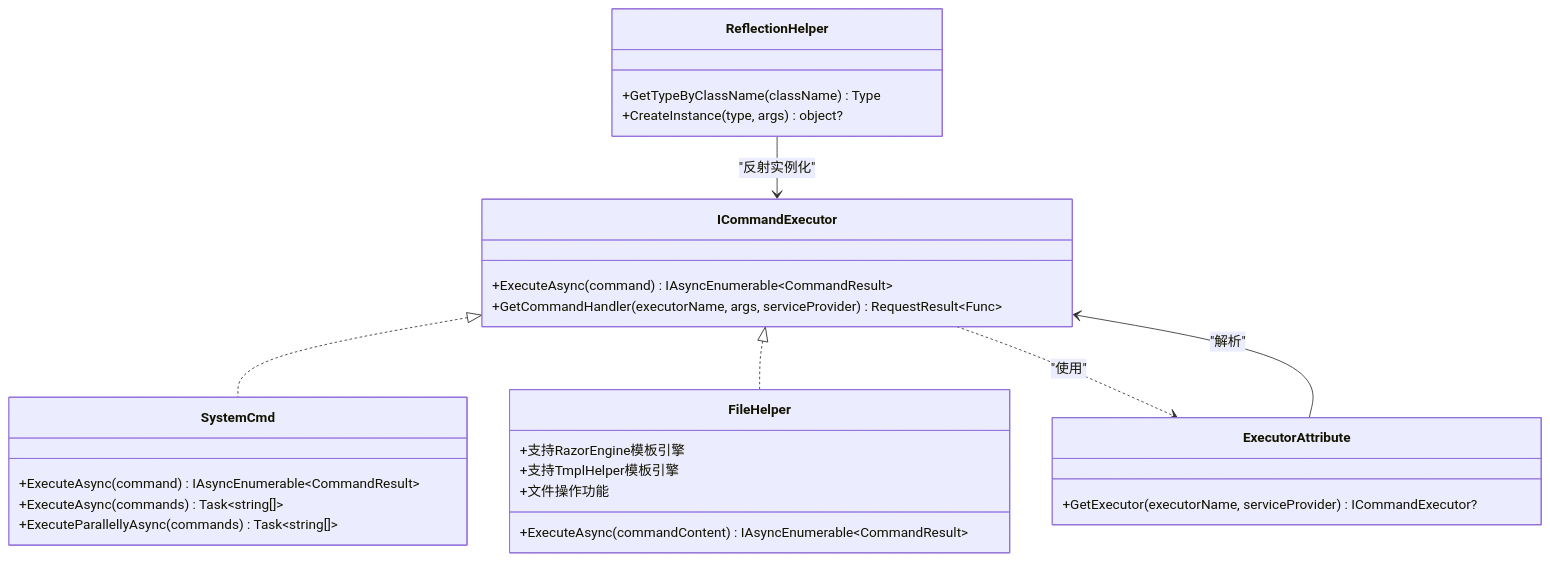
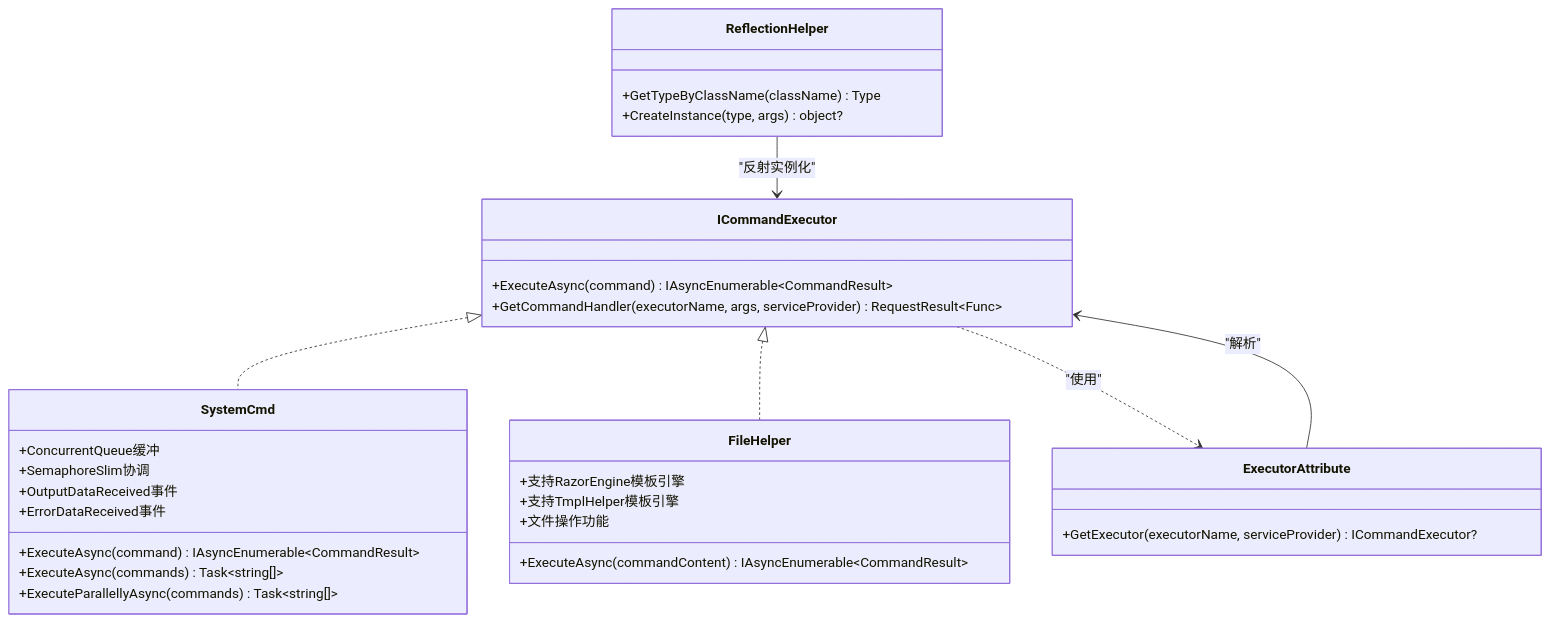
The fourth of 10 diagrams in .qoder/repowiki/zh/content/项目概述/核心特性/远程主机管理/命令执行器系统.md (Sosososolong/AirGo), drawn with Mermaid before and after one commit. The commit also changed other lines of this file and 3 other files, not shown here.

````diff
--- a/.qoder/repowiki/zh/content/项目概述/核心特性/远程主机管理/命令执行器系统.md
+++ b/.qoder/repowiki/zh/content/项目概述/核心特性/远程主机管理/命令执行器系统.md
@@ -306,30 +309,34 @@
 ```mermaid
 classDiagram
 class ICommandExecutor {
 +ExecuteAsync(command) IAsyncEnumerable~CommandResult~
 +GetCommandHandler(executorName, args, serviceProvider) RequestResult~Func~
 }
 class SystemCmd {
 +ExecuteAsync(command) IAsyncEnumerable~CommandResult~
 +ExecuteAsync(commands) Task~string[]~
 +ExecuteParallellyAsync(commands) Task~string[]~
++ConcurrentQueue缓冲
++SemaphoreSlim协调
++OutputDataReceived事件
++ErrorDataReceived事件
 }
 class FileHelper {
 +ExecuteAsync(commandContent) IAsyncEnumerable~CommandResult~
 +支持RazorEngine模板引擎
 +支持TmplHelper模板引擎
 +文件操作功能
 }
 class ExecutorAttribute {
 +GetExecutor(executorName, serviceProvider) ICommandExecutor?
 }
 class ReflectionHelper {
 +GetTypeByClassName(className) Type
 +CreateInstance(type, args) object?
 }
 ICommandExecutor <|.. SystemCmd
 ICommandExecutor <|.. FileHelper
 ICommandExecutor ..> ExecutorAttribute : "使用"
 ExecutorAttribute --> ICommandExecutor : "解析"
 ReflectionHelper --> ICommandExecutor : "反射实例化"
 ```
````
